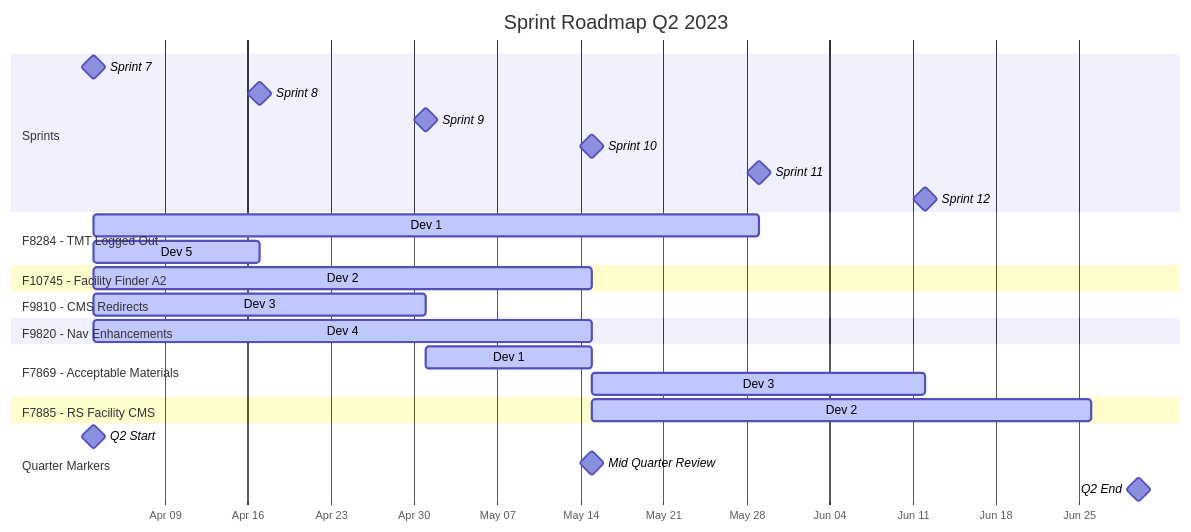
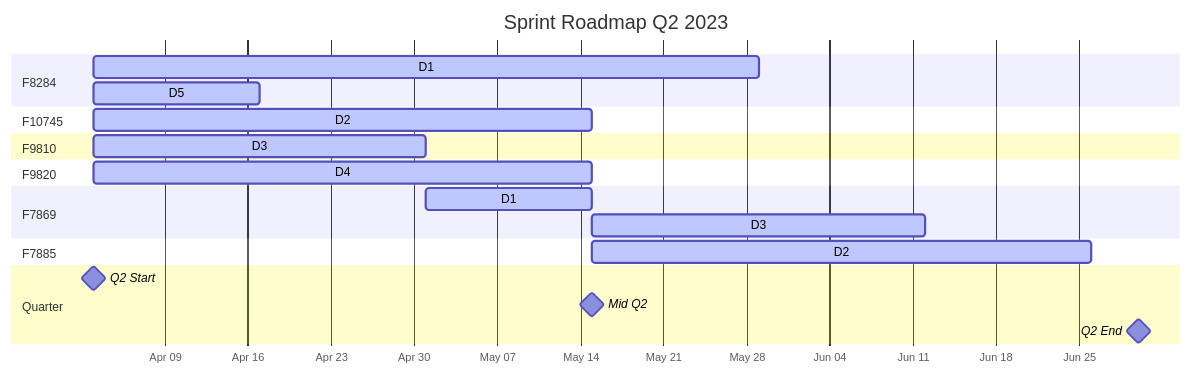
The diagram in README.md (DanHitt/QRP-charts), drawn with Mermaid before and after one commit.

````diff
--- a/README.md
+++ b/README.md
@@ -1,39 +1,31 @@
 ```mermaid
 gantt
     title Sprint Roadmap Q2 2023
     dateFormat YYYY-MM-DD
     axisFormat %b %d
 
-    section Sprints
-    Sprint 7  :milestone, s7, 2023-04-03, 0d
-    Sprint 8  :milestone, s8, 2023-04-17, 0d
-    Sprint 9  :milestone, s9, 2023-05-01, 0d
-    Sprint 10 :milestone, s10, 2023-05-15, 0d
-    Sprint 11 :milestone, s11, 2023-05-29, 0d
-    Sprint 12 :milestone, s12, 2023-06-12, 0d
+    section F8284
+    D1 :active, f8284_d1, 2023-04-03, 56d
+    D5 :active, f8284_d5, 2023-04-03, 14d
 
-    section F8284 - TMT Logged Out
-    Dev 1 :active, f8284_d1, 2023-04-03, 56d
-    Dev 5 :active, f8284_d5, 2023-04-03, 14d
+    section F10745
+    D2 :active, f10745_d2, 2023-04-03, 42d
 
-    section F10745 - Facility Finder A2
-    Dev 2 :active, f10745_d2, 2023-04-03, 42d
+    section F9810
+    D3 :active, f9810_d3, 2023-04-03, 28d
 
-    section F9810 - CMS Redirects
-    Dev 3 :active, f9810_d3, 2023-04-03, 28d
+    section F9820
+    D4 :active, f9820_d4, 2023-04-03, 42d
 
-    section F9820 - Nav Enhancements
-    Dev 4 :active, f9820_d4, 2023-04-03, 42d
+    section F7869
+    D1 :active, f7869_d1, 2023-05-01, 14d
+    D3 :active, f7869_d3, 2023-05-15, 28d
 
-    section F7869 - Acceptable Materials
-    Dev 1 :active, f7869_d1, 2023-05-01, 14d
-    Dev 3 :active, f7869_d3, 2023-05-15, 28d
+    section F7885
+    D2 :active, f7885_d2, 2023-05-15, 42d
 
-    section F7885 - RS Facility CMS
-    Dev 2 :active, f7885_d2, 2023-05-15, 42d
-
-    section Quarter Markers
-    Q2 Start :milestone, q2start, 2023-04-03, 0d
-    Mid Quarter Review :milestone, midq2, 2023-05-15, 0d
-    Q2 End :milestone, q2end, 2023-06-30, 0d
+    section Quarter
+    Q2 Start :milestone, q2s, 2023-04-03, 0d
+    Mid Q2 :milestone, q2m, 2023-05-15, 0d
+    Q2 End :milestone, q2e, 2023-06-30, 0d
 ```
````
